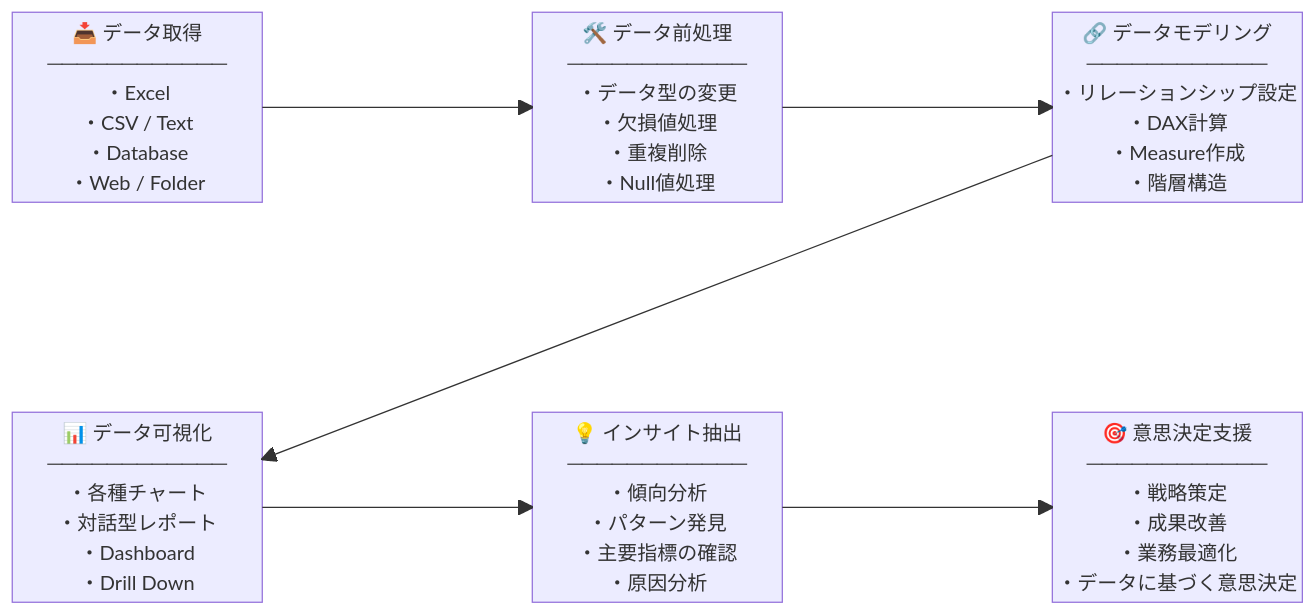
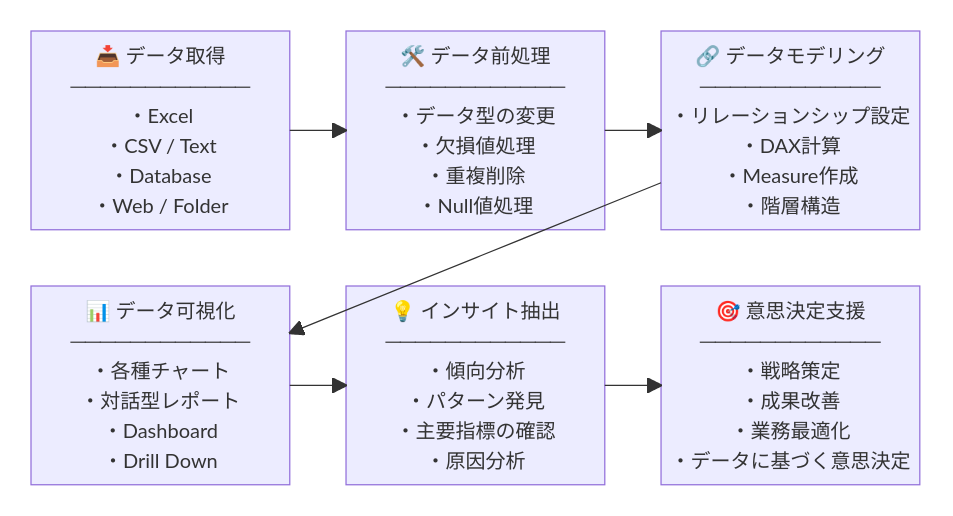
The diagram in 2026 7月/7.28 (27日目)/1) Power BI 紹介.md (KaiLynn99/python_alone), drawn with Mermaid before and after one commit.

Commit message:
7/28 振り返り

````diff
--- a/2026 7月/7.28 (27日目)/1) Power BI 紹介.md
+++ b/2026 7月/7.28 (27日目)/1) Power BI 紹介.md
@@ -21,24 +21,46 @@
 ```mermaid
+---
+config:
+  block:
+    padding: 15
+---
 block
-    columns 5
+    columns 3
 
-    A["📥 データ取得<br/>────────────<br/>・Excel<br/>・CSV / Text<br/>・Database<br/>・Web / Folder"]
-    space
-    B["🛠️ データ前処理<br/>────────────<br/>・データ型の変更<br/>・欠損値処理<br/>・重複削除<br/>・Null値処理"]
-    space
-    C["🔗 データモデリング<br/>────────────<br/>・リレーションシップ設定<br/>・DAX計算<br/>・Measure作成<br/>・階層構造"]
+    block:G1
+        A["📥 データ取得<br/>────────────<br/>・Excel<br/>・CSV / Text<br/>・Database<br/>・Web / Folder"]
+    end
 
-    space:5
+    block:G2
+        B["🛠️ データ前処理<br/>────────────<br/>・データ型の変更<br/>・欠損値処理<br/>・重複削除<br/>・Null値処理"]
+    end
 
-    D["📊 データ可視化<br/>────────────<br/>・各種チャート<br/>・対話型レポート<br/>・Dashboard<br/>・Drill Down"]
-    space
-    E["💡 インサイト抽出<br/>────────────<br/>・傾向分析<br/>・パターン発見<br/>・主要指標の確認<br/>・原因分析"]
-    space
-    F["🎯 意思決定支援<br/>────────────<br/>・戦略策定<br/>・成果改善<br/>・業務最適化<br/>・データに基づく意思決定"]
+    block:G3
+        C["🔗 データモデリング<br/>────────────<br/>・リレーションシップ設定<br/>・DAX計算<br/>・Measure作成<br/>・階層構造"]
+    end
+
+    block:G4
+        D["📊 データ可視化<br/>────────────<br/>・各種チャート<br/>・対話型レポート<br/>・Dashboard<br/>・Drill Down"]
+    end
+
+    block:G5
+        E["💡 インサイト抽出<br/>────────────<br/>・傾向分析<br/>・パターン発見<br/>・主要指標の確認<br/>・原因分析"]
+    end
+
+    block:G6
+        F["🎯 意思決定支援<br/>────────────<br/>・戦略策定<br/>・成果改善<br/>・業務最適化<br/>・データに基づく意思決定"]
+    end
 
     A --> B
     B --> C
     C --> D
     D --> E
     E --> F
+
+    style G1 fill:transparent,stroke:transparent
+    style G2 fill:transparent,stroke:transparent
+    style G3 fill:transparent,stroke:transparent
+    style G4 fill:transparent,stroke:transparent
+    style G5 fill:transparent,stroke:transparent
+    style G6 fill:transparent,stroke:transparent
 ```
````
